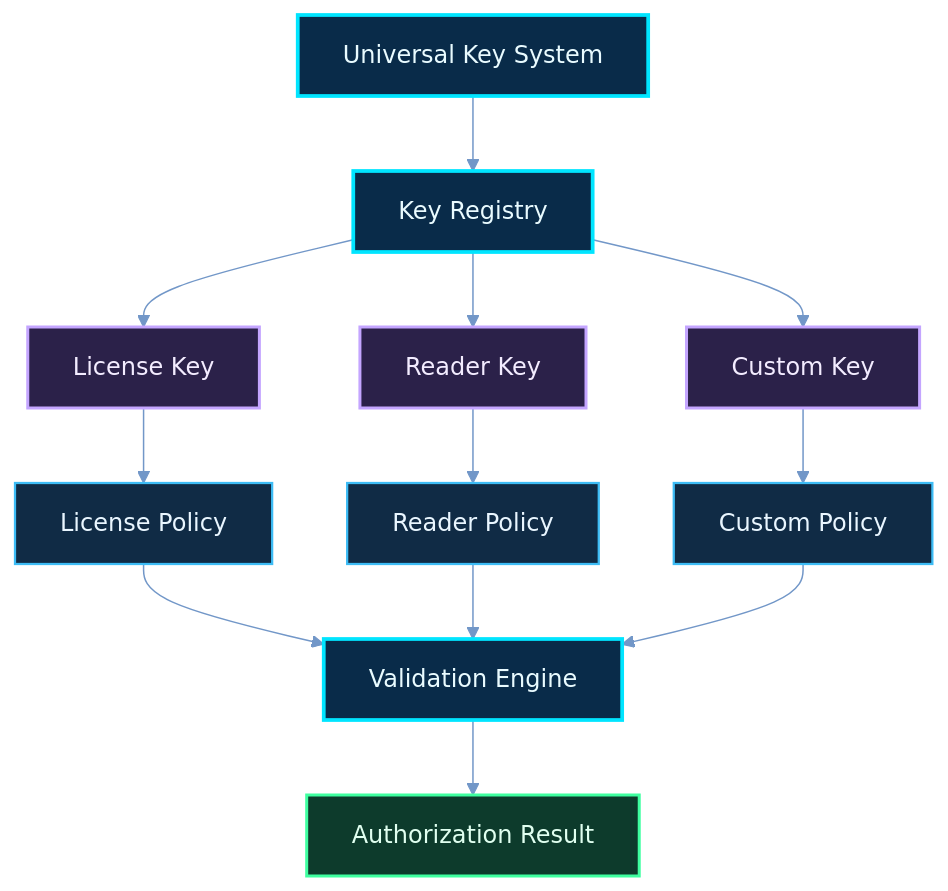
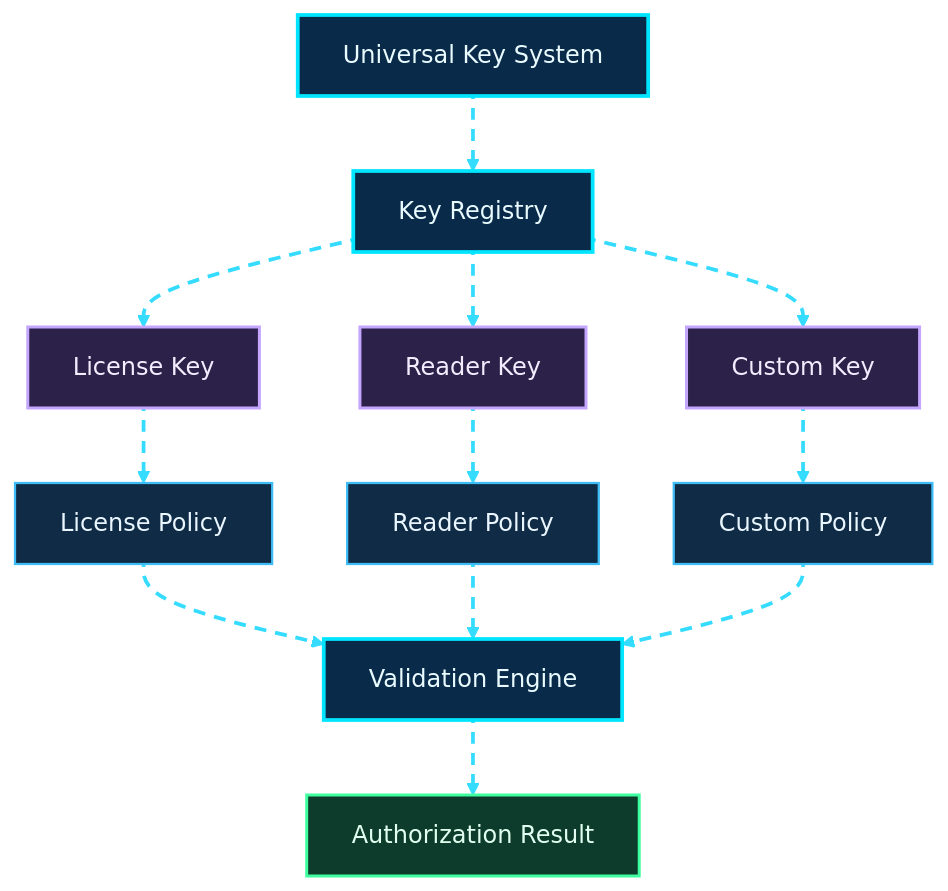
The eighth of 23 diagrams in README.md (shajeduzzamanenan992008inc/NexOra-Database-key-Gen), drawn with Mermaid before and after one commit. The commit also changed other lines of this file, not shown here.

````diff
--- a/README.md
+++ b/README.md
@@ -796,36 +809,37 @@
 ```mermaid
 %%{init: {"theme":"base","themeVariables":{"darkMode":true,"background":"#07111f","primaryColor":"#102744","primaryTextColor":"#e8f7ff","primaryBorderColor":"#00d9ff","lineColor":"#7297c8","secondaryColor":"#261d45","secondaryTextColor":"#f3eaff","secondaryBorderColor":"#a78bfa","tertiaryColor":"#12332b","tertiaryTextColor":"#e0fff1","tertiaryBorderColor":"#41e6a2","fontFamily":"Inter, Segoe UI, sans-serif","edgeLabelBackground":"#101d34","mainBkg":"#102744","nodeBorder":"#00d9ff","clusterBkg":"#0b1930","clusterBorder":"#6f7dff","actorBkg":"#102744","actorBorder":"#00d9ff","actorTextColor":"#e8f7ff","signalColor":"#64d8ff","signalTextColor":"#e8f7ff","noteBkgColor":"#0e332b","noteBorderColor":"#41e6a2","noteTextColor":"#e0fff1"}}}%%
 flowchart TD
-    A["Universal Key System"] --> B["Key Registry"]
-    B --> C["License Key"]
-    B --> D["Reader Key"]
-    B --> E["Custom Key"]
+    A["Universal Key System"] nx07e01@--> B["Key Registry"]
+    B nx07e02@--> C["License Key"]
+    B nx07e03@--> D["Reader Key"]
+    B nx07e04@--> E["Custom Key"]
 
-    C --> F["License Policy"]
-    D --> G["Reader Policy"]
-    E --> H["Custom Policy"]
+    C nx07e05@--> F["License Policy"]
+    D nx07e06@--> G["Reader Policy"]
+    E nx07e07@--> H["Custom Policy"]
 
-    F --> I["Validation Engine"]
-    G --> I
-    H --> I
+    F nx07e08@--> I["Validation Engine"]
+    G nx07e09@--> I
+    H nx07e10@--> I
 
-    I --> J["Authorization Result"]
+    I nx07e11@--> J["Authorization Result"]
 
     %% OMEGA NEX-ORA visual classes
     %% OMEGA NEX-ORA / ULTRA NEON PALETTE
     classDef nxCore fill:#092b49,stroke:#00e5ff,stroke-width:2.5px,color:#e9fbff;
     classDef nxProcess fill:#102b45,stroke:#3dbcf5,stroke-width:1.5px,color:#e9f6ff;
     classDef nxDecision fill:#2b2050,stroke:#b38cff,stroke-width:2px,color:#f3edff;
     classDef nxSuccess fill:#0d3b2c,stroke:#3fffa0,stroke-width:2px,color:#e0fff0;
     classDef nxDanger fill:#451d30,stroke:#ff6688,stroke-width:2px,color:#fff0f3;
     classDef nxData fill:#12352d,stroke:#63e6be,stroke-width:2px,color:#e1fff5;
     classDef nxExternal fill:#2b2149,stroke:#c4a5ff,stroke-width:2px,color:#f3ecff;
     classDef nxInfo fill:#17253e,stroke:#91a7c9,stroke-width:1.5px,color:#e5efff;
     classDef nxWarning fill:#453116,stroke:#fbbf24,stroke-width:2px,color:#fff6d6;
     %% Moving dashed route: Mermaid applies this class to explicitly identified edges.
+    classDef nxAnimated stroke:#35dcff,stroke-width:2.5px,stroke-dasharray:8\,6,stroke-dashoffset:1000,animation:dash 24s linear infinite;
     class A,B,I nxCore;
     class C,D,E nxExternal;
     class F,G,H nxProcess;
     class J nxSuccess;
     class nx07e01,nx07e02,nx07e03,nx07e04,nx07e05,nx07e06,nx07e07,nx07e08,nx07e09,nx07e10,nx07e11 nxAnimated;
 ```
````
